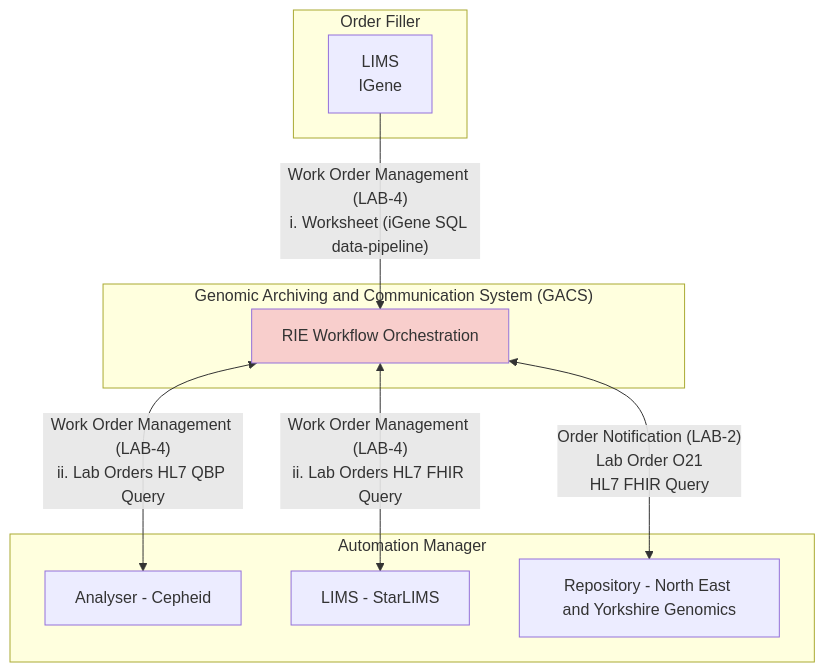
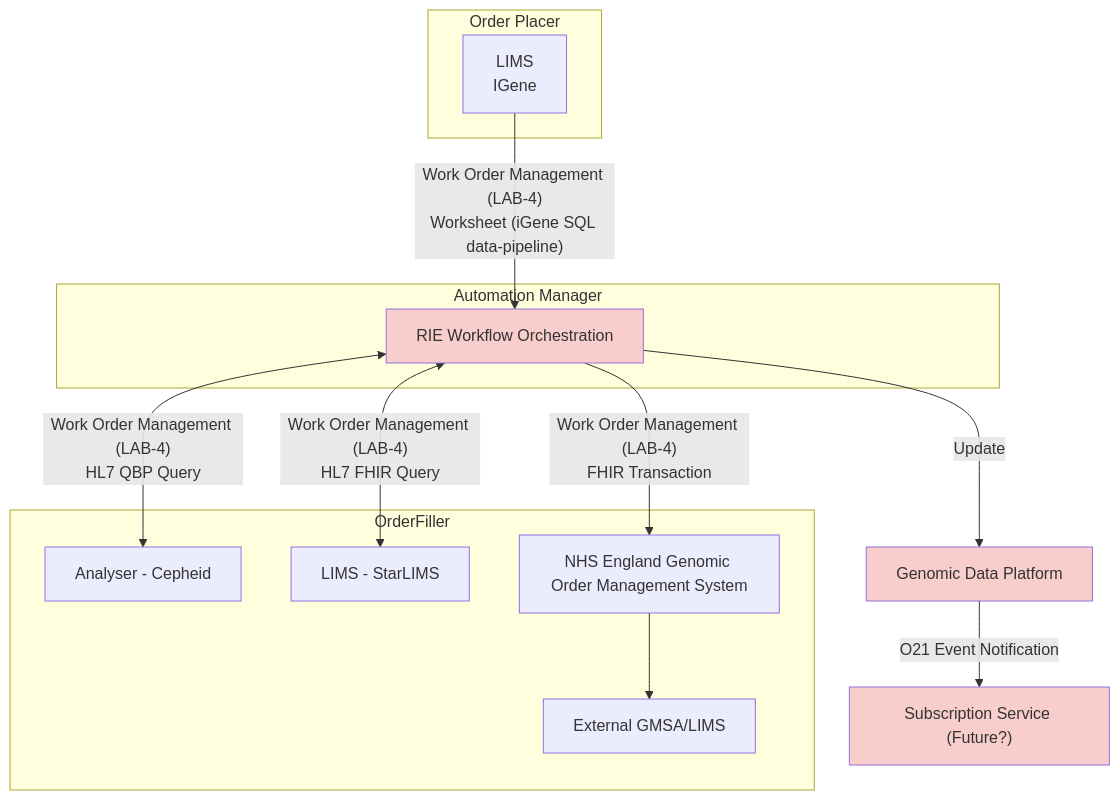
One commit to nw-gmsa/nw-gmsa.github.com changed the third of 4 diagrams in input/pagecontent/LTW.md. Above: the diagram before and after it, drawn with Mermaid. The commit also changed other lines of this file and 33 other files, not shown here.

````diff
--- a/input/pagecontent/LTW.md
+++ b/input/pagecontent/LTW.md
@@ -335,30 +346,40 @@
 ```mermaid
 graph TD
 
 
-subgraph GenomicLIMS["Order Filler"];
+subgraph GenomicLIMS["Order Placer"];
     iGene[LIMS<br/>IGene]
 end
 
-subgraph HIE["Genomic Archiving and Communication System (GACS)"];
+subgraph HIE["Automation Manager"];
     RIE4["RIE Workflow Orchestration"]
+ 
 end
 
+subgraph OrderFiller;
+Cepheid[Analyser - Cepheid]
+StarLIMS[LIMS - StarLIMS]
 
-subgraph Analyser["Automation Manager"];
-    Cepheid[Analyser - Cepheid]
-    StarLIMS[LIMS - StarLIMS]
-    NEY["Repository - North East and Yorkshire Genomics"]
-end
+GOMS["NHS England Genomic Order Management System"] 
+ExtLIMS[External GMSA/LIMS]
 
-iGene --> |"Work Order Management (LAB-4)<br/>i. Worksheet (iGene SQL data-pipeline)"| RIE4
-RIE4 <--> |"Work Order Management (LAB-4)<br/>ii. Lab Orders HL7 QBP Query"| Cepheid
-RIE4 <--> |"Work Order Management (LAB-4)<br/>ii. Lab Orders HL7 FHIR Query"| StarLIMS
-RIE4 <--> |"Order Notification (LAB-2)<br/> Lab Order O21<br/>HL7 FHIR Query"| NEY 
+end 
 
+GDP["Genomic Data Platform"]
+ PubSub["Subscription Service (Future?)"]
+
+RIE4 --> |Update| GDP
+GDP --> |O21 Event Notification| PubSub
+
+
+iGene --> |"Work Order Management (LAB-4)<br/>Worksheet (iGene SQL data-pipeline)"| RIE4
+RIE4 <--> |"Work Order Management (LAB-4)<br/>HL7 QBP Query"| Cepheid
+RIE4 <--> |"Work Order Management (LAB-4)<br/>HL7 FHIR Query"| StarLIMS
+RIE4 --> |"Work Order Management (LAB-4)<br/>FHIR Transaction"| GOMS
+GOMS --> ExtLIMS
 
 classDef purple fill:#E1D5E7;
 classDef pink fill:#F8CECC;
 
-class GDR,RIE4,VCFFHIR pink;
+class GDP,RIE4,PubSub,VCFFHIR pink;
 ```
````
